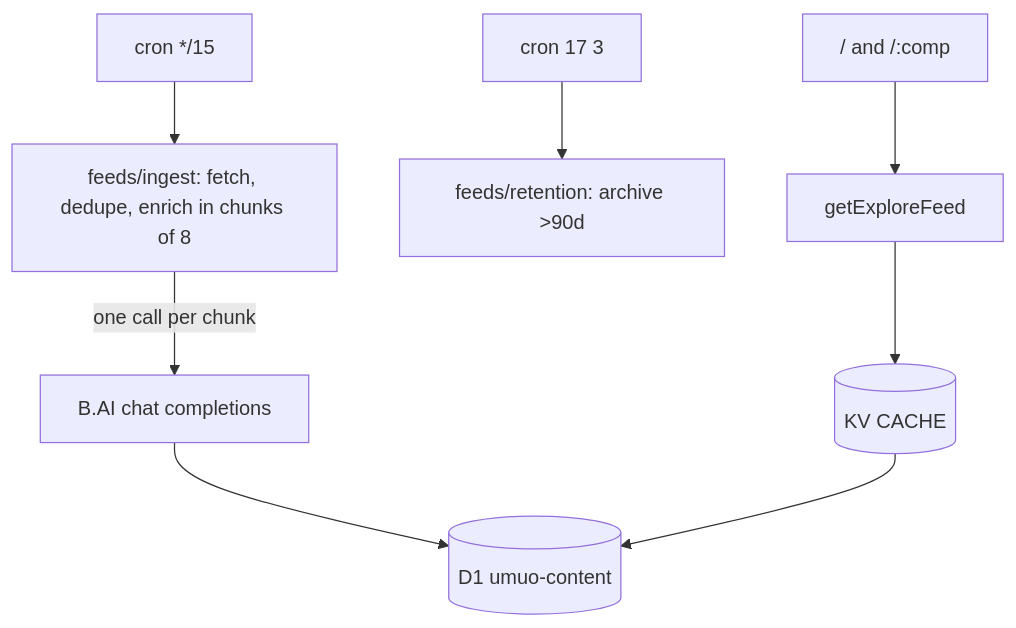
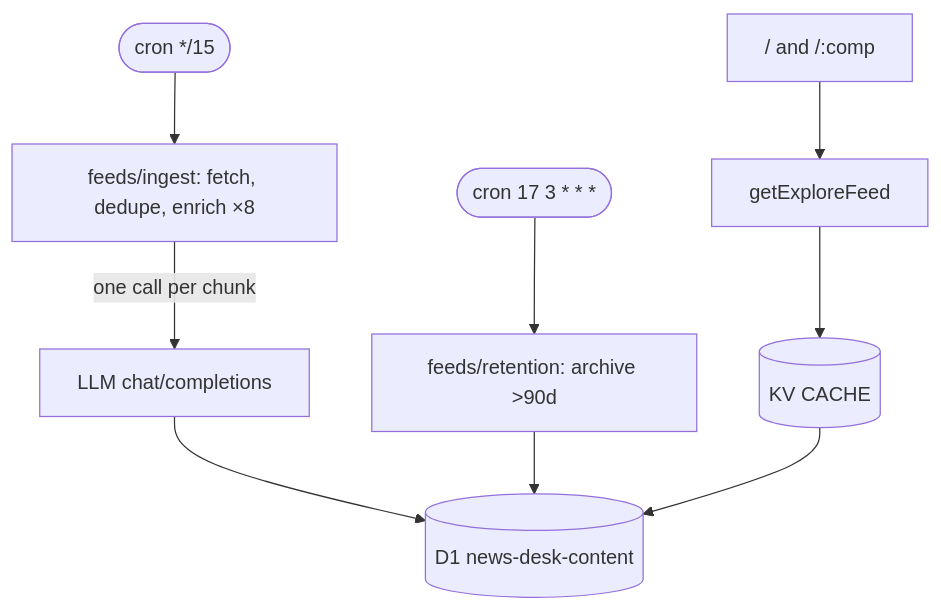
One commit to youming-ai/umuo changed the diagram in README.md. Above: the diagram before and after it, drawn with Mermaid. The commit also changed other lines of this file and 22 other files, not shown here.

````diff
--- a/README.md
+++ b/README.md
@@ -13,8 +71,9 @@
 ```mermaid
 graph TD
-  Cron["cron */15"] --> Ingest[feeds/ingest: fetch, dedupe, enrich in chunks of 8]
-  Ingest -->|one call per chunk| LLM[B.AI chat completions]
-  LLM --> D1[(D1 umuo-content)]
-  Sweep["cron 17 3"] --> Retention[feeds/retention: archive >90d]
+  Cron@{ shape: stadium, label: "cron */15" } --> Ingest[feeds/ingest: fetch, dedupe, enrich ×8]
+  Ingest -->|one call per chunk| LLM[LLM chat/completions]
+  LLM --> D1[(D1 news-desk-content)]
+  Sweep@{ shape: stadium, label: "cron 17 3 * * *" } --> Retention[feeds/retention: archive >90d]
+  Retention --> D1
   Home["/ and /:comp"] --> Explore[getExploreFeed] --> KV1[(KV CACHE)] --> D1
 ```
````
